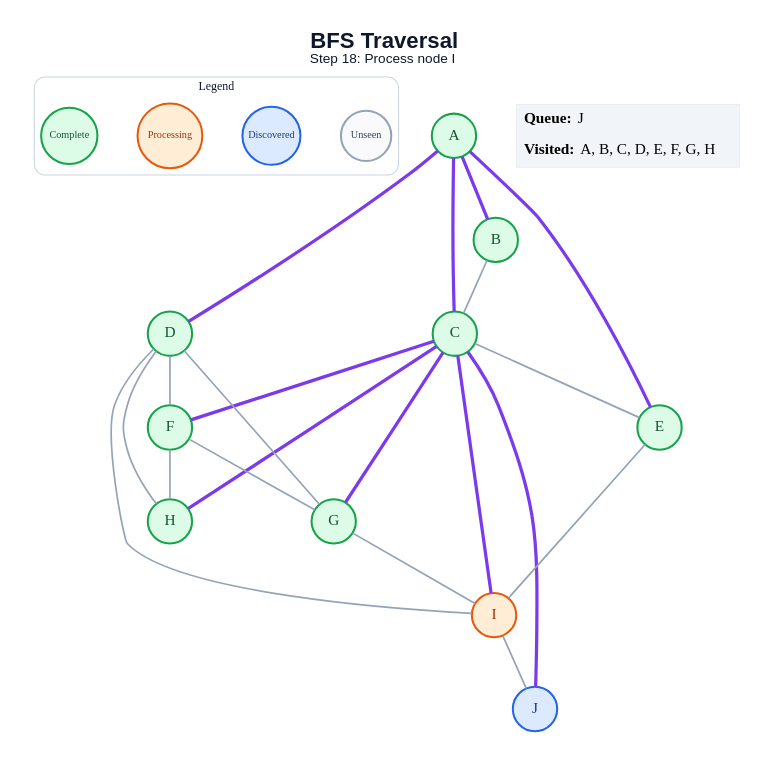
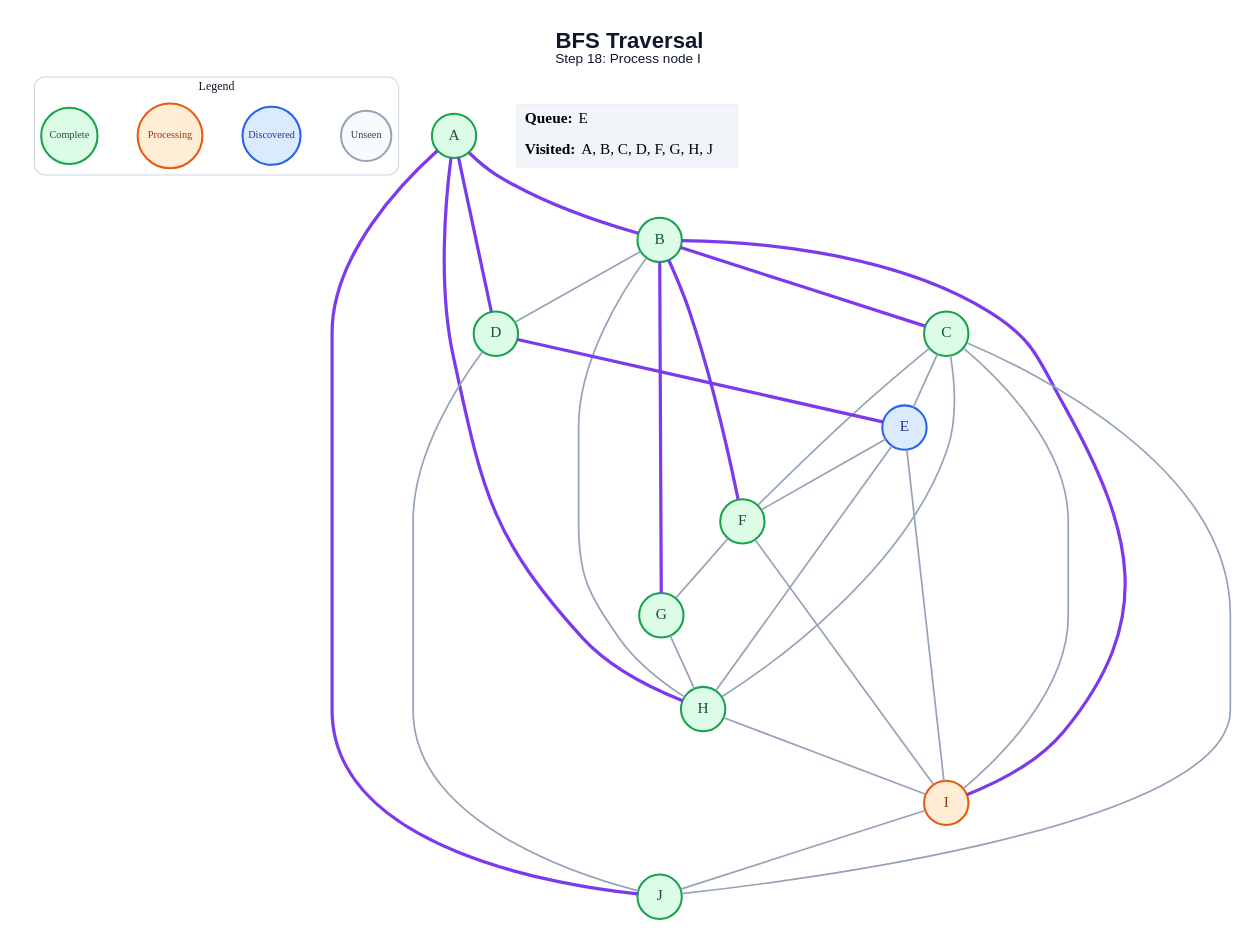
One commit to amanghodawala9/ai-slop changed the diagram in generated/bfs/step_18.dot. Above: the diagram before and after it, drawn with Graphviz. The commit also changed 178 other files, not shown here.

```diff
--- a/generated/bfs/step_18.dot
+++ b/generated/bfs/step_18.dot
@@ -1,49 +1,54 @@
 graph traversal {
   graph [layout=dot, rankdir=TB, bgcolor="#FFFFFF", pad="0.35", nodesep="0.65", ranksep="0.8", fontname="Arial"];
   node [shape=circle, style="filled", fontname="Arial Bold", fontsize=18, width=0.72, fixedsize=true, penwidth=2.4];
   edge [color="#94A3B8", penwidth=2.0];
   label=<<B>BFS Traversal</B><BR/><FONT POINT-SIZE="16">Step 18: Process node I</FONT>>; labelloc="t"; fontsize=26; fontname="Arial"; fontcolor="#0F172A";
   subgraph cluster_legend { label="Legend"; color="#CBD5E1"; penwidth=1.2; style="rounded"; fontsize=14; fontname="Arial Bold";
     key_unseen [label="Unseen", fillcolor="#F8FAFC", color="#94A3B8", fontcolor="#334155", fontsize=12, width=0.82];
     key_frontier [label="Discovered", fillcolor="#DBEAFE", color="#2563EB", fontcolor="#1E3A8A", fontsize=12, width=0.95];
     key_current [label="Processing", fillcolor="#FFEDD5", color="#EA580C", fontcolor="#9A3412", fontsize=12, width=1.05];
     key_done [label="Complete", fillcolor="#DCFCE7", color="#16A34A", fontcolor="#14532D", fontsize=12, width=0.92];
     { rank=same; key_unseen; key_frontier; key_current; key_done; }
   }
   A [fillcolor="#DCFCE7", color="#16A34A", fontcolor="#14532D"];
   B [fillcolor="#DCFCE7", color="#16A34A", fontcolor="#14532D"];
   C [fillcolor="#DCFCE7", color="#16A34A", fontcolor="#14532D"];
   D [fillcolor="#DCFCE7", color="#16A34A", fontcolor="#14532D"];
-  E [fillcolor="#DCFCE7", color="#16A34A", fontcolor="#14532D"];
+  E [fillcolor="#DBEAFE", color="#2563EB", fontcolor="#1E3A8A"];
   F [fillcolor="#DCFCE7", color="#16A34A", fontcolor="#14532D"];
   G [fillcolor="#DCFCE7", color="#16A34A", fontcolor="#14532D"];
   H [fillcolor="#DCFCE7", color="#16A34A", fontcolor="#14532D"];
   I [fillcolor="#FFEDD5", color="#EA580C", fontcolor="#9A3412"];
-  J [fillcolor="#DBEAFE", color="#2563EB", fontcolor="#1E3A8A"];
+  J [fillcolor="#DCFCE7", color="#16A34A", fontcolor="#14532D"];
   A -- B [color="#7C3AED", penwidth=3.8];
-  A -- C [color="#7C3AED", penwidth=3.8];
   A -- D [color="#7C3AED", penwidth=3.8];
-  A -- E [color="#7C3AED", penwidth=3.8];
-  B -- C;
+  A -- H [color="#7C3AED", penwidth=3.8];
+  A -- J [color="#7C3AED", penwidth=3.8];
+  B -- C [color="#7C3AED", penwidth=3.8];
+  B -- D;
+  B -- F [color="#7C3AED", penwidth=3.8];
+  B -- G [color="#7C3AED", penwidth=3.8];
+  B -- H;
+  B -- I [color="#7C3AED", penwidth=3.8];
   C -- E;
-  C -- F [color="#7C3AED", penwidth=3.8];
-  C -- G [color="#7C3AED", penwidth=3.8];
-  C -- H [color="#7C3AED", penwidth=3.8];
-  C -- I [color="#7C3AED", penwidth=3.8];
-  C -- J [color="#7C3AED", penwidth=3.8];
-  D -- F;
-  D -- G;
-  D -- H;
-  D -- I;
+  C -- F;
+  C -- H;
+  C -- I;
+  C -- J;
+  D -- E [color="#7C3AED", penwidth=3.8];
+  D -- J;
+  E -- F;
+  E -- H;
   E -- I;
   F -- G;
-  F -- H;
-  G -- I;
+  F -- I;
+  G -- H;
+  H -- I;
   I -- J;
   status [shape=plain, fixedsize=false, width=0, height=0, margin=0, label=<
     <TABLE BORDER="0" CELLBORDER="0" CELLPADDING="7" BGCOLOR="#F1F5F9">
-      <TR><TD ALIGN="LEFT"><B>Queue:</B> J</TD></TR>
-      <TR><TD ALIGN="LEFT"><B>Visited:</B> A, B, C, D, E, F, G, H</TD></TR>
+      <TR><TD ALIGN="LEFT"><B>Queue:</B> E</TD></TR>
+      <TR><TD ALIGN="LEFT"><B>Visited:</B> A, B, C, D, F, G, H, J</TD></TR>
     </TABLE>
   >];
 }
```
